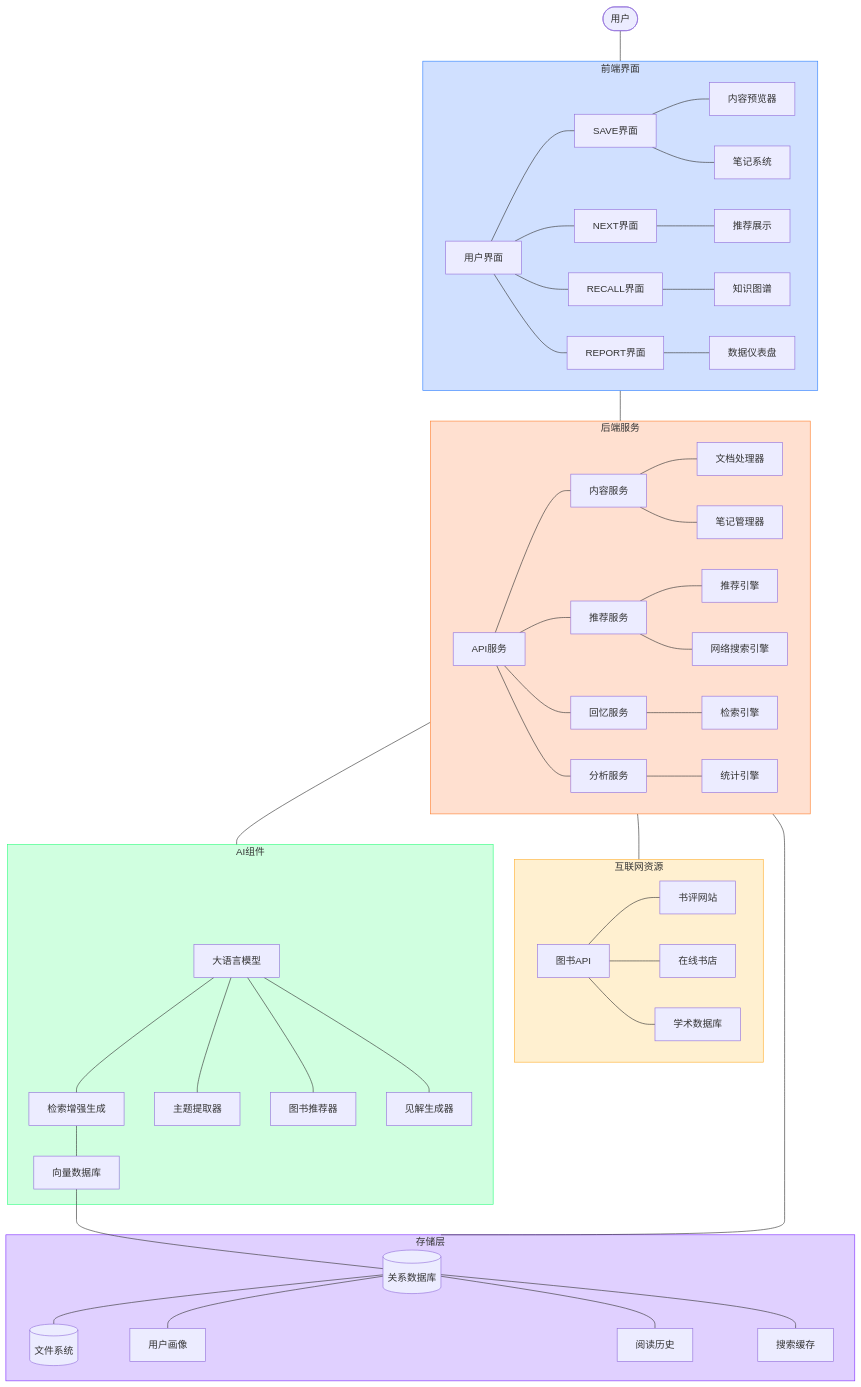
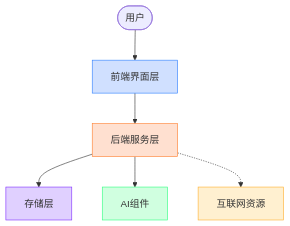
One commit to EnigmaWU/MyLLM_Arena changed the second of 3 diagrams in MyStartups/NextBook/README.md. Above: the diagram before and after it, drawn with Mermaid. The commit also changed other lines of this file and 1 other file, not shown here.

Commit message:
更新《README.md》，添加系统架构概述和主要组件描述，简化架构图并增强可读性；新增系统架构设计文档，详细阐述各个组件及其功能

````diff
--- a/MyStartups/NextBook/README.md
+++ b/MyStartups/NextBook/README.md
@@ -195,64 +197,14 @@
 ```mermaid
 flowchart TD
-    User([用户]) --- Frontend
-    
-    subgraph Frontend["前端界面"]
-        UI[用户界面] --- SaveUI[SAVE界面]
-        UI --- NextUI[NEXT界面]
-        UI --- RecallUI[RECALL界面]
-        UI --- ReportUI[REPORT界面]
-        
-        SaveUI --- ContentViewer[内容预览器]
-        SaveUI --- Notes[笔记系统]
-        NextUI --- Recommend[推荐展示]
-        RecallUI --- KnowledgeMap[知识图谱]
-        ReportUI --- Dashboard[数据仪表盘]
-    end
-    
-    subgraph Backend["后端服务"]
-        API[API服务] --- ContentService[内容服务]
-        API --- RecommendService[推荐服务]
-        API --- RecallService[回忆服务]
-        API --- AnalyticsService[分析服务]
-        
-        ContentService --- DocumentProcessor[文档处理器]
-        ContentService --- NoteManager[笔记管理器]
-        RecommendService --- RecommendEngine[推荐引擎]
-        RecommendService --- WebSearchEngine[网络搜索引擎]
-        RecallService --- SearchEngine[检索引擎]
-        AnalyticsService --- StatisticsEngine[统计引擎]
-    end
-    
-    subgraph Internet["互联网资源"]
-        BookAPI[图书API] --- ReviewSites[书评网站]
-        BookAPI --- BookStores[在线书店]
-        BookAPI --- AcademicDB[学术数据库]
-    end
-    
-    subgraph AI["AI组件"]
-        LLM[大语言模型] --- RAG[检索增强生成]
-        RAG --- VectorDB[向量数据库]
-        LLM --- TopicExtractor[主题提取器]
-        LLM --- BookRecommender[图书推荐器]
-        LLM --- InsightGenerator[见解生成器]
-    end
-    
-    subgraph Storage["存储层"]
-        DB[(关系数据库)] --- FileSystem[(文件系统)]
-        VectorDB --- DB
-        DB --- UserProfile[用户画像]
-        DB --- ReadingHistory[阅读历史]
-        DB --- SearchCache[搜索缓存]
-    end
-    
-    Frontend --- Backend
-    Backend --- AI
-    Backend --- Storage
-    Backend --- Internet
+    User([用户]) --> Frontend[前端界面层]
+    Frontend --> Backend[后端服务层]
+    Backend --> Storage[存储层]
+    Backend --> AI[AI组件]
+    Backend -.-> Internet[互联网资源]
     
     style Frontend fill:#d0e0ff,stroke:#3080ff
     style Backend fill:#ffe0d0,stroke:#ff8030
+    style Storage fill:#e0d0ff,stroke:#8030ff
     style AI fill:#d0ffe0,stroke:#30ff80
-    style Storage fill:#e0d0ff,stroke:#8030ff
     style Internet fill:#fff0d0,stroke:#ffb030
 ```
````
